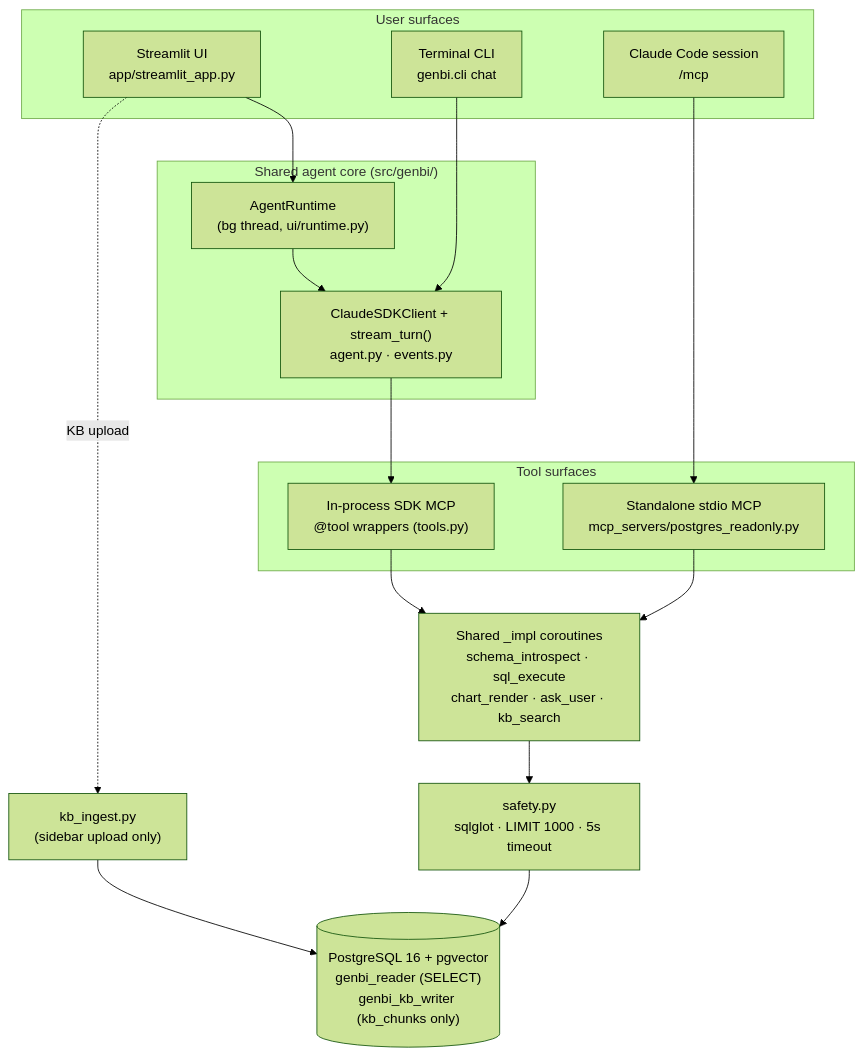
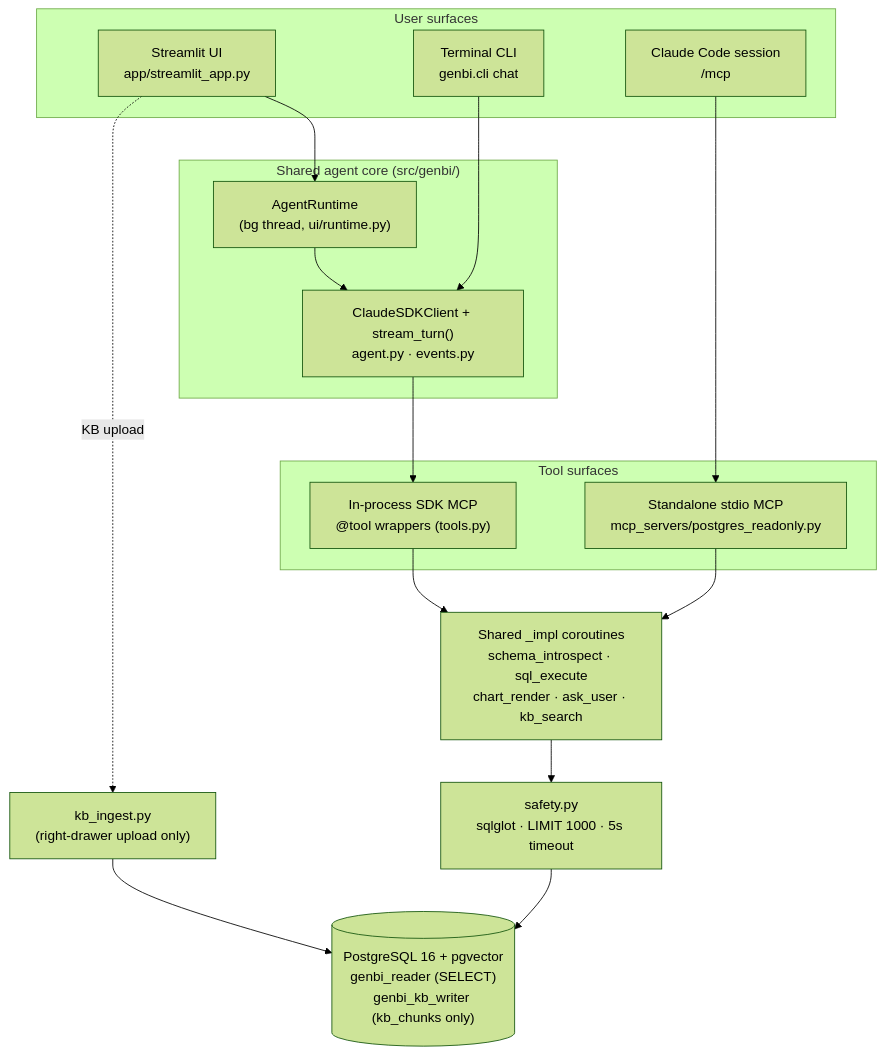
The first of 2 diagrams in README.md (igorkaroza/talk-to-your-data-lab), drawn with Mermaid (forest theme) before and after one commit. The commit also changed other lines of this file, not shown here.

First line of the commit message:
docs: align README with right-drawer KB ui

````diff
--- a/README.md
+++ b/README.md
@@ -7,33 +7,33 @@
 ```mermaid
 flowchart TB
     subgraph surfaces["User surfaces"]
         UI["Streamlit UI<br/>app/streamlit_app.py"]
         CLI["Terminal CLI<br/>genbi.cli chat"]
         CC["Claude Code session<br/>/mcp"]
     end
 
     subgraph core["Shared agent core (src/genbi/)"]
         RT["AgentRuntime<br/>(bg thread, ui/runtime.py)"]
         SDK["ClaudeSDKClient + stream_turn()<br/>agent.py · events.py"]
     end
 
     subgraph tools["Tool surfaces"]
         IN["In-process SDK MCP<br/>@tool wrappers (tools.py)"]
         STD["Standalone stdio MCP<br/>mcp_servers/postgres_readonly.py"]
     end
 
     IMPL["Shared _impl coroutines<br/>schema_introspect · sql_execute<br/>chart_render · ask_user · kb_search"]
     SAFE["safety.py<br/>sqlglot · LIMIT 1000 · 5s timeout"]
-    KBI["kb_ingest.py<br/>(sidebar upload only)"]
+    KBI["kb_ingest.py<br/>(right-drawer upload only)"]
     DB[("PostgreSQL 16 + pgvector<br/>genbi_reader (SELECT)<br/>genbi_kb_writer (kb_chunks only)")]
 
     UI --> RT --> SDK
     UI -. KB upload .-> KBI
     CLI --> SDK
     SDK --> IN
     CC --> STD
     IN --> IMPL
     STD --> IMPL
     IMPL --> SAFE --> DB
     KBI --> DB
 ```
````
